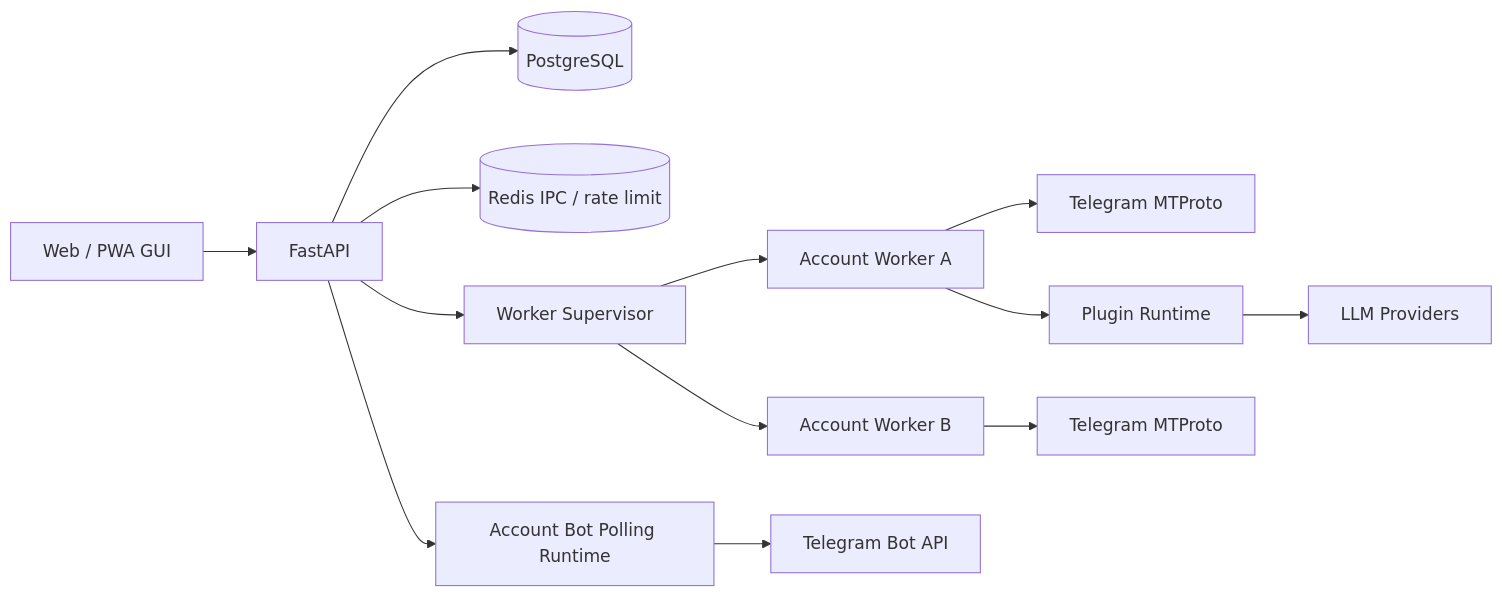
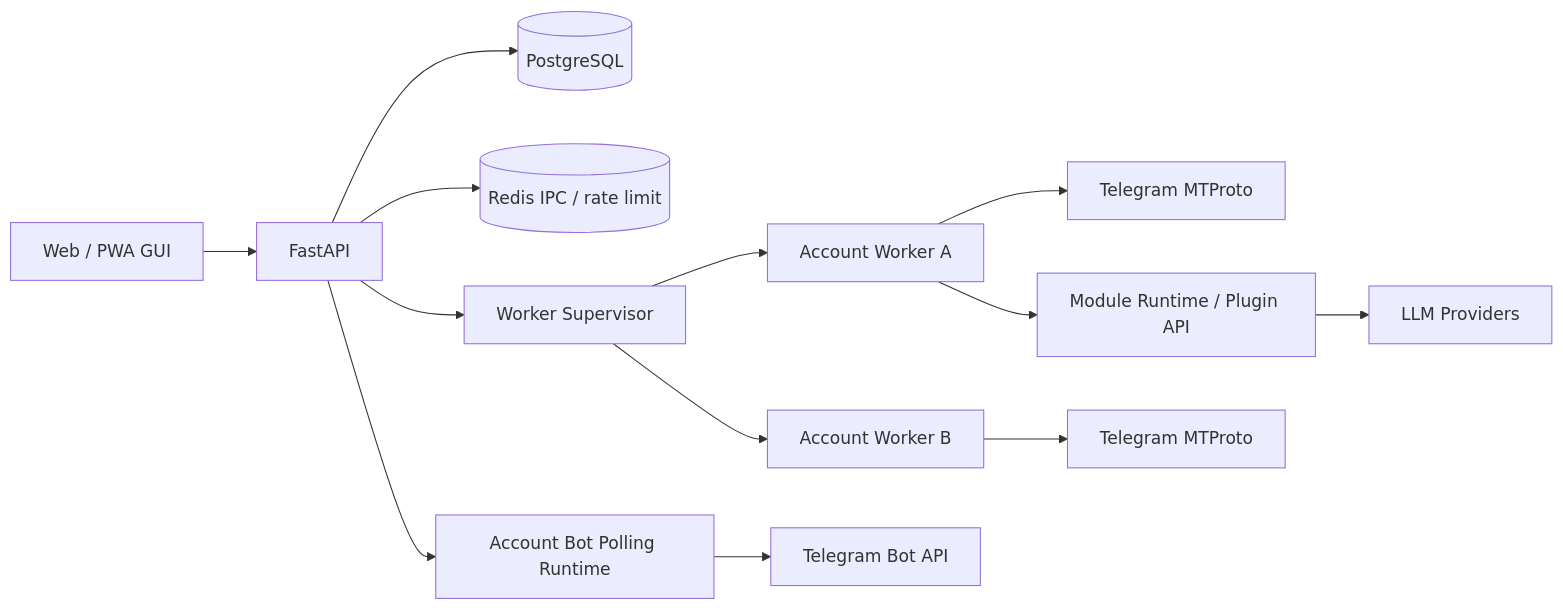
One commit to Tser666/telebot changed the diagram in README.md. Above: the diagram before and after it, drawn with Mermaid. The commit also changed other lines of this file and 82 other files, not shown here.

````diff
--- a/README.md
+++ b/README.md
@@ -63,15 +63,15 @@
 ```mermaid
 flowchart LR
   Browser["Web / PWA GUI"] --> API["FastAPI"]
   API --> DB[("PostgreSQL")]
   API --> Redis[("Redis IPC / rate limit")]
   API --> Supervisor["Worker Supervisor"]
   Supervisor --> W1["Account Worker A"]
   Supervisor --> W2["Account Worker B"]
   W1 --> TG1["Telegram MTProto"]
   W2 --> TG2["Telegram MTProto"]
-  W1 --> Plugins["Plugin Runtime"]
-  Plugins --> LLM["LLM Providers"]
+  W1 --> Modules["Module Runtime / Plugin API"]
+  Modules --> LLM["LLM Providers"]
   API --> AccountBot["Account Bot Polling Runtime"]
   AccountBot --> BotAPI["Telegram Bot API"]
 ```
````
